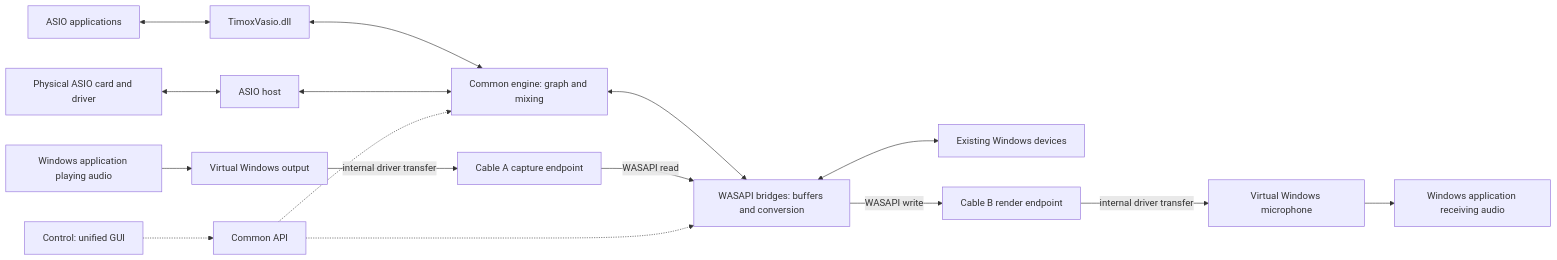
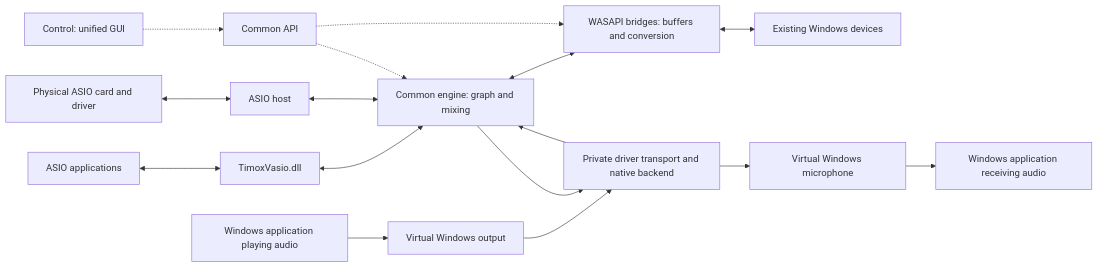
One commit to timox/TimoxVasio changed the first of 2 diagrams in docs/ASIO_WASAPI_GUIDE.en.md. Above: the diagram before and after it, drawn with Mermaid. The commit also changed other lines of this file and 1 other file, not shown here.

Commit message:
docs(audio): clarify native transport and ASIO wrappers

````diff
--- a/docs/ASIO_WASAPI_GUIDE.en.md
+++ b/docs/ASIO_WASAPI_GUIDE.en.md
@@ -27,18 +27,18 @@
 ```mermaid
 flowchart LR
     ASIO[ASIO applications] <--> TV[TimoxVasio.dll]
     TV <--> G[Common engine: graph and mixing]
     CARD[Physical ASIO card and driver] <--> HA[ASIO host]
     HA <--> G
     G <--> B[WASAPI bridges: buffers and conversion]
     B <--> HW[Existing Windows devices]
     PLAY[Windows application playing audio] --> VR[Virtual Windows output]
-    VR -->|internal driver transfer| CR[Cable A capture endpoint]
-    CR -->|WASAPI read| B
-    B -->|WASAPI write| CW[Cable B render endpoint]
-    CW -->|internal driver transfer| VC[Virtual Windows microphone]
+    VR --> N[Private driver transport and native backend]
+    N --> G
+    G --> N
+    N --> VC[Virtual Windows microphone]
     VC --> REC[Windows application receiving audio]
     UI[Control: unified GUI] -.-> API[Common API]
     API -.-> G
     API -.-> B
 ```
````
